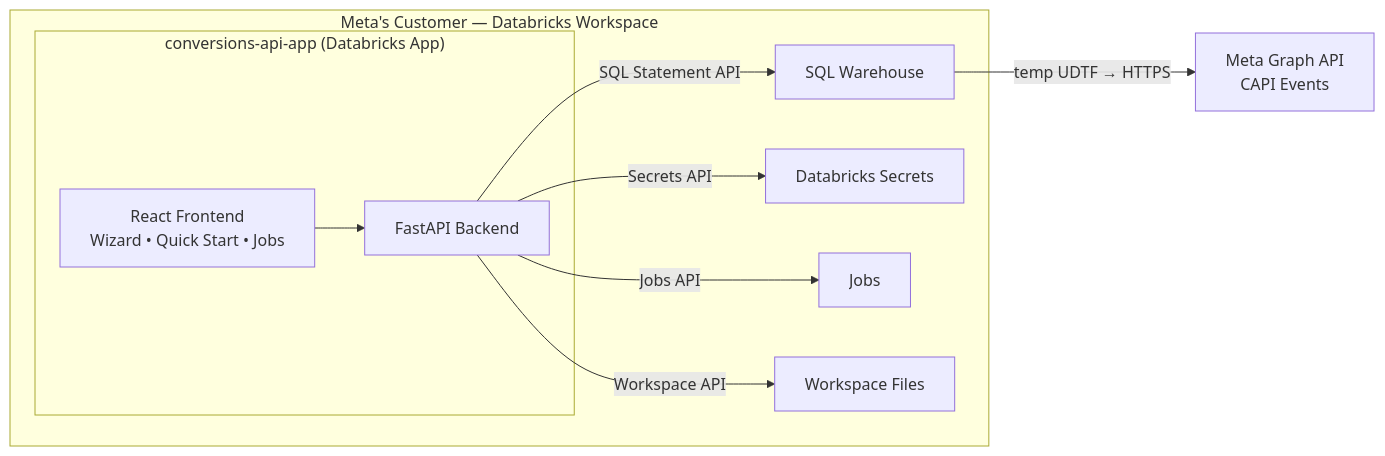
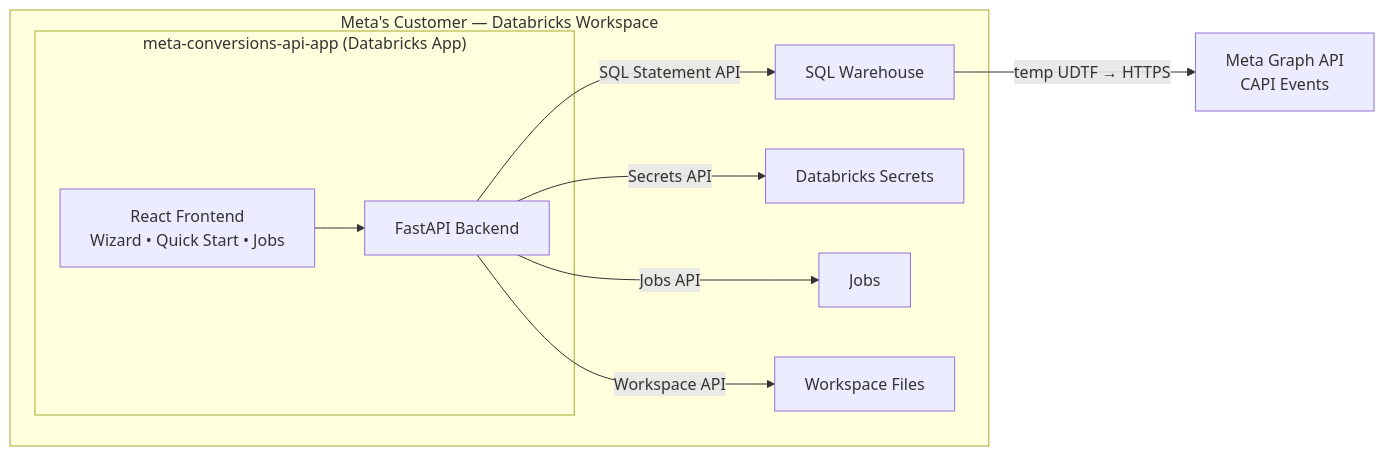
One commit to databrickslabs/meta-conversions-api-app changed the first of 3 diagrams in docs/architecture.md. Above: the diagram before and after it, drawn with Mermaid. The commit also changed other lines of this file and 20 other files, not shown here.

First line of the commit message:
Rename app and references to meta-conversions-api-app

````diff
--- a/docs/architecture.md
+++ b/docs/architecture.md
@@ -11,20 +11,20 @@
 ```mermaid
 graph LR
     subgraph Customer["Meta's Customer — Databricks Workspace"]
-        subgraph App["conversions-api-app (Databricks App)"]
+        subgraph App["meta-conversions-api-app (Databricks App)"]
             FE[React Frontend<br/>Wizard • Quick Start • Jobs]
             BE[FastAPI Backend]
             FE --> BE
         end
         SQL[SQL Warehouse]
         SEC[Databricks Secrets]
         JOB[Jobs]
         WS[Workspace Files]
     end
 
     BE -->|SQL Statement API| SQL
     BE -->|Secrets API| SEC
     BE -->|Jobs API| JOB
     BE -->|Workspace API| WS
     SQL -->|temp UDTF → HTTPS| META[Meta Graph API<br/>CAPI Events]
 ```
````
